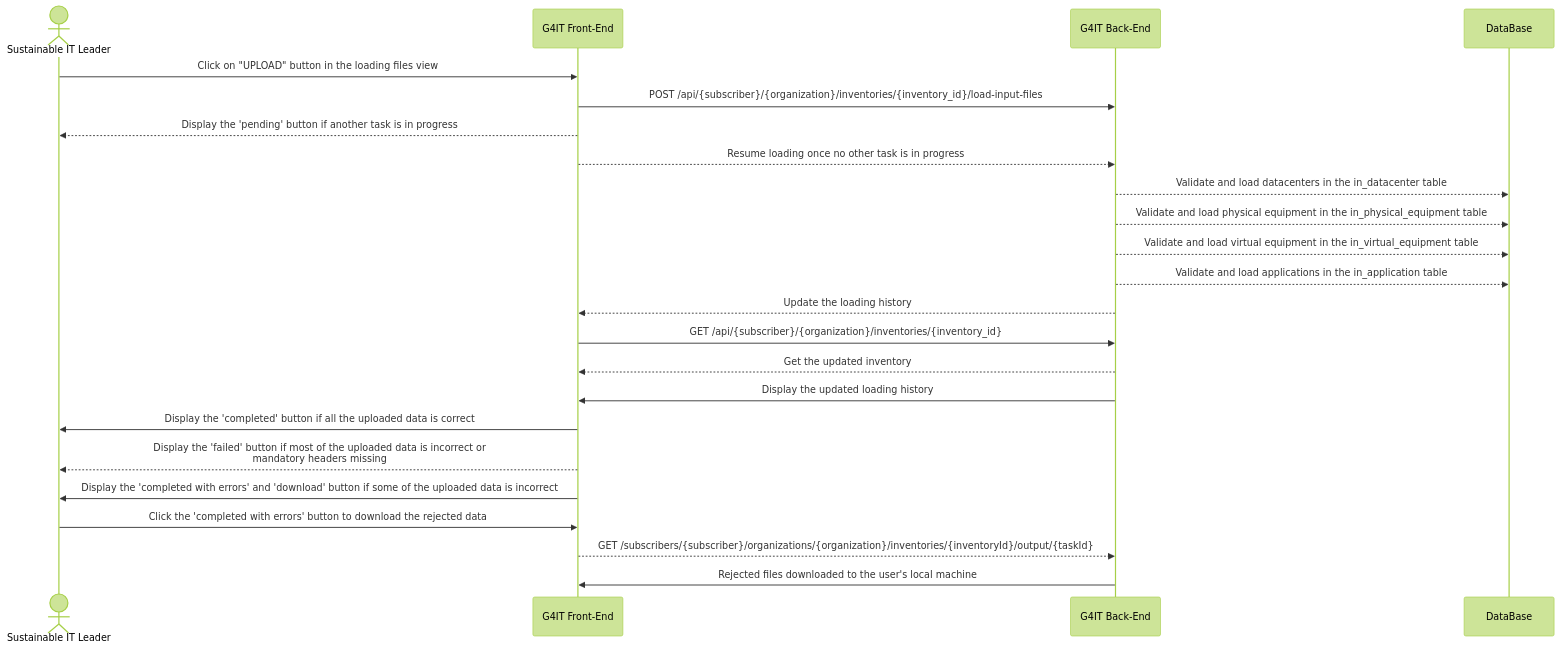
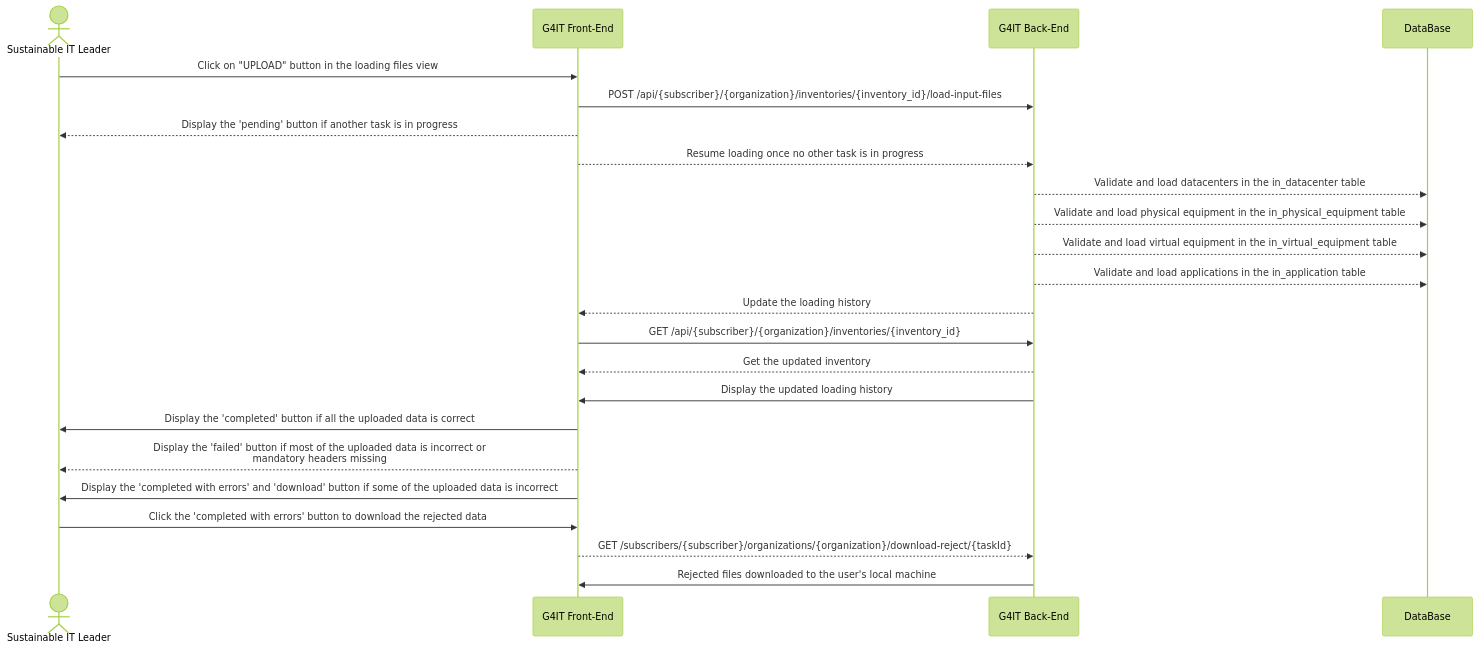
The second of 2 diagrams in services/documentation/content/2-functional-documentation/use_cases/uc_inventory/uc3_load_files.md (teamg4it/g4it), drawn with Mermaid (forest theme) before and after one commit. The commit also changed 41 other files, not shown here.

```diff
--- a/services/documentation/content/2-functional-documentation/use_cases/uc_inventory/uc3_load_files.md
+++ b/services/documentation/content/2-functional-documentation/use_cases/uc_inventory/uc3_load_files.md
@@ -104,26 +104,26 @@
 {{< mermaid >}}
 sequenceDiagram
 actor RND as Sustainable IT Leader
 participant front as G4IT Front-End
 participant back as G4IT Back-End
 participant DataBase
 
 RND ->> front: Click on "UPLOAD" button in the loading files view
 front ->> back: POST /api/{subscriber}/{organization}/inventories/{inventory_id}/load-input-files
 front -->> RND : Display the 'pending' button if another task is in progress
 front -->> back: Resume loading once no other task is in progress
 back -->> DataBase: Validate and load datacenters in the in_datacenter table
 back -->> DataBase: Validate and load physical equipment in the in_physical_equipment table
 back -->> DataBase: Validate and load virtual equipment in the in_virtual_equipment table
 back -->> DataBase: Validate and load applications in the in_application table
 back -->> front: Update the loading history
 front ->> back: GET /api/{subscriber}/{organization}/inventories/{inventory_id}
 back-->> front: Get the updated inventory
 back ->> front: Display the updated loading history
 front ->> RND : Display the 'completed' button if all the uploaded data is correct
 front -->> RND : Display the 'failed' button if most of the uploaded data is incorrect or <br> mandatory headers missing
 front ->> RND : Display the 'completed with errors' and 'download' button if some of the uploaded data is incorrect
 RND ->> front : Click the 'completed with errors' button to download the rejected data
-front -->> back: GET /subscribers/{subscriber}/organizations/{organization}/inventories/{inventoryId}/output/{taskId}
+front -->> back: GET /subscribers/{subscriber}/organizations/{organization}/download-reject/{taskId}
 back ->> front : Rejected files downloaded to the user's local machine
 {{< /mermaid >}}
```
